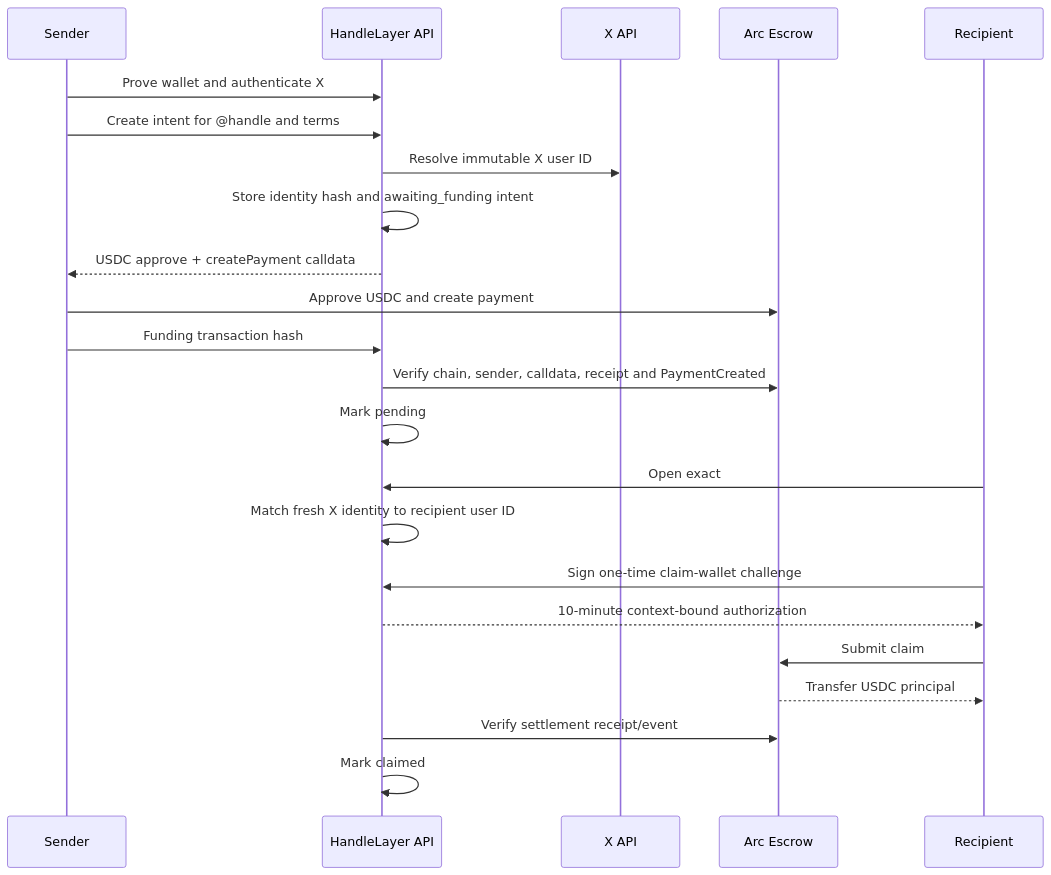
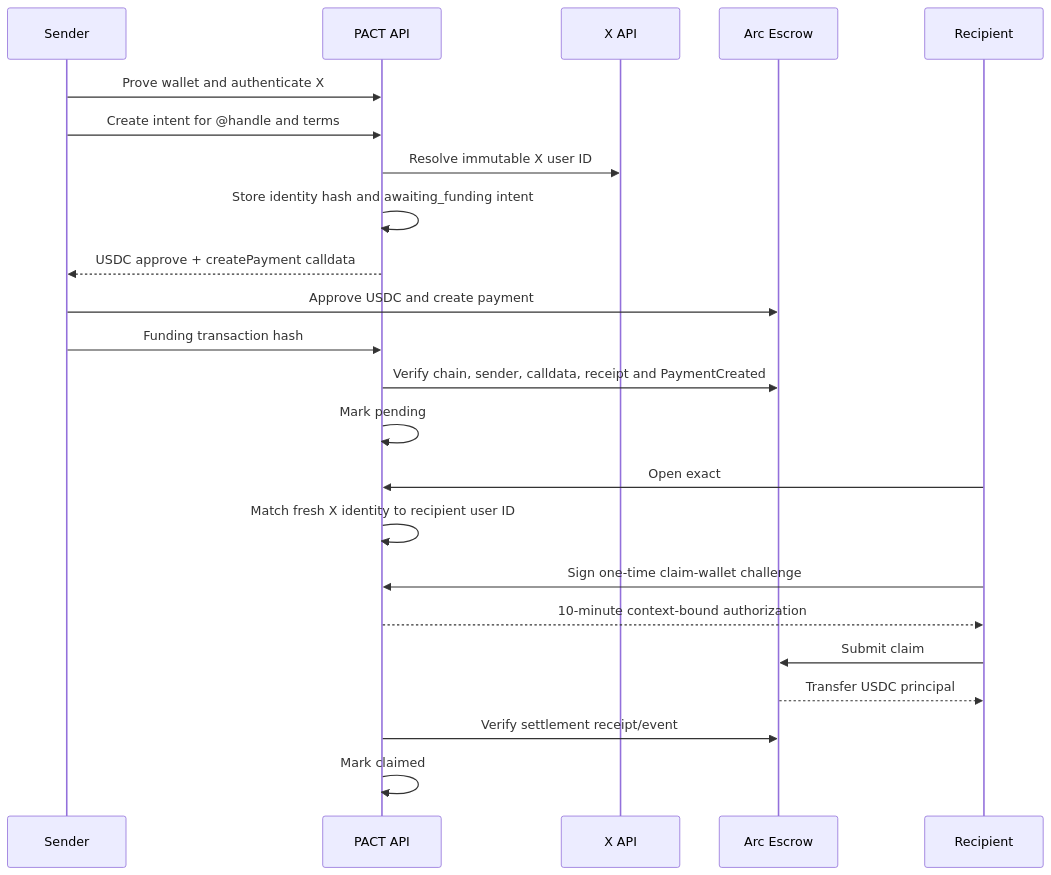
One commit to sorbitov/trace-project changed the second of 3 diagrams in docs/architecture.md. Above: the diagram before and after it, drawn with Mermaid. The commit also changed other lines of this file and 33 other files, not shown here.

````diff
--- a/docs/architecture.md
+++ b/docs/architecture.md
@@ -43,26 +43,26 @@
 ```mermaid
 sequenceDiagram
     participant S as Sender
-    participant API as HandleLayer API
+    participant API as PACT API
     participant X as X API
     participant E as Arc Escrow
     participant R as Recipient
 
     S->>API: Prove wallet and authenticate X
     S->>API: Create intent for @handle and terms
     API->>X: Resolve immutable X user ID
     API->>API: Store identity hash and awaiting_funding intent
     API-->>S: USDC approve + createPayment calldata
     S->>E: Approve USDC and create payment
     S->>API: Funding transaction hash
     API->>E: Verify chain, sender, calldata, receipt and PaymentCreated
     API->>API: Mark pending
     R->>API: Open exact #claim link and authenticate X
     API->>API: Match fresh X identity to recipient user ID
     R->>API: Sign one-time claim-wallet challenge
     API-->>R: 10-minute context-bound authorization
     R->>E: Submit claim
     E-->>R: Transfer USDC principal
     API->>E: Verify settlement receipt/event
     API->>API: Mark claimed
 ```
````
